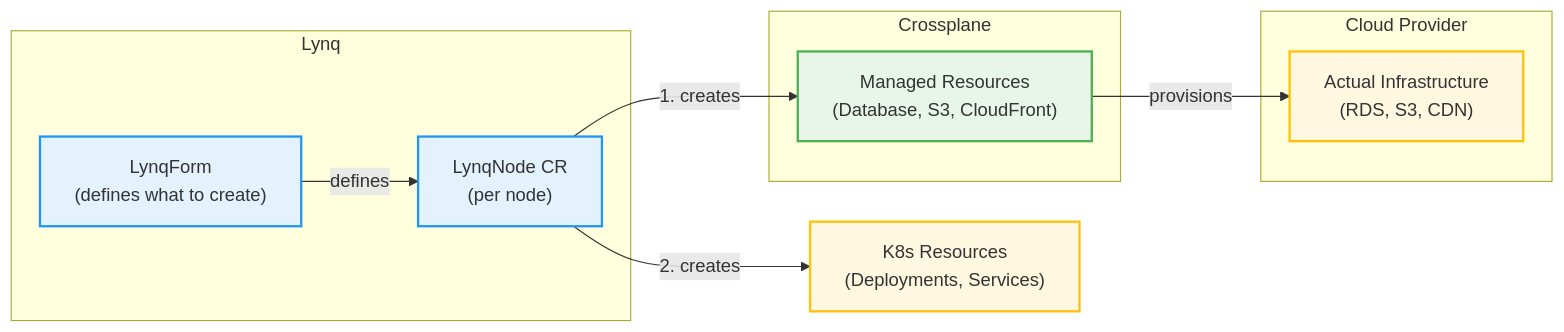
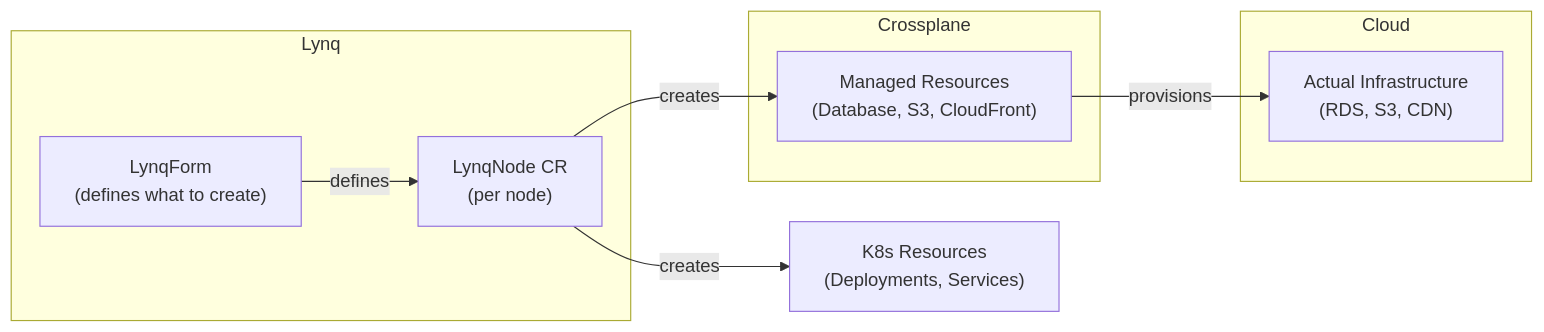
One commit to k8s-lynq/lynq changed the diagram in docs/integration-crossplane.md. Above: the diagram before and after it, drawn with Mermaid. The commit also changed other lines of this file and 40 other files, not shown here.

````diff
--- a/docs/integration-crossplane.md
+++ b/docs/integration-crossplane.md
@@ -19,28 +20,20 @@
 ```mermaid
 flowchart LR
-    subgraph TO["Lynq"]
-        Template["LynqForm<br/>(defines what to create)"]
+    subgraph Lynq
+        Form["LynqForm<br/>(defines what to create)"]
         Node["LynqNode CR<br/>(per node)"]
     end
 
-    subgraph XP["Crossplane"]
-        ManagedRes["Managed Resources<br/>(Database, S3, CloudFront)"]
+    subgraph Crossplane
+        MR["Managed Resources<br/>(Database, S3, CloudFront)"]
     end
 
-    subgraph Cloud["Cloud Provider"]
-        CloudRes["Actual Infrastructure<br/>(RDS, S3, CDN)"]
+    subgraph Cloud
+        Infra["Actual Infrastructure<br/>(RDS, S3, CDN)"]
     end
 
-    Template -->|"defines"| Node
-    Node -->|"1. creates"| ManagedRes
-    Node -->|"2. creates"| K8s["K8s Resources<br/>(Deployments, Services)"]
-    ManagedRes -->|"provisions"| CloudRes
-
-    classDef node fill:#e3f2fd,stroke:#2196f3,stroke-width:2px;
-    classDef crossplane fill:#e8f5e9,stroke:#4caf50,stroke-width:2px;
-    classDef cloud fill:#fff8e1,stroke:#ffc107,stroke-width:2px;
-
-    class Template,Node node;
-    class ManagedRes crossplane;
-    class CloudRes,K8s cloud;
+    Form -->|defines| Node
+    Node -->|creates| MR
+    Node -->|creates| K8s["K8s Resources<br/>(Deployments, Services)"]
+    MR -->|provisions| Infra
 ```
````
